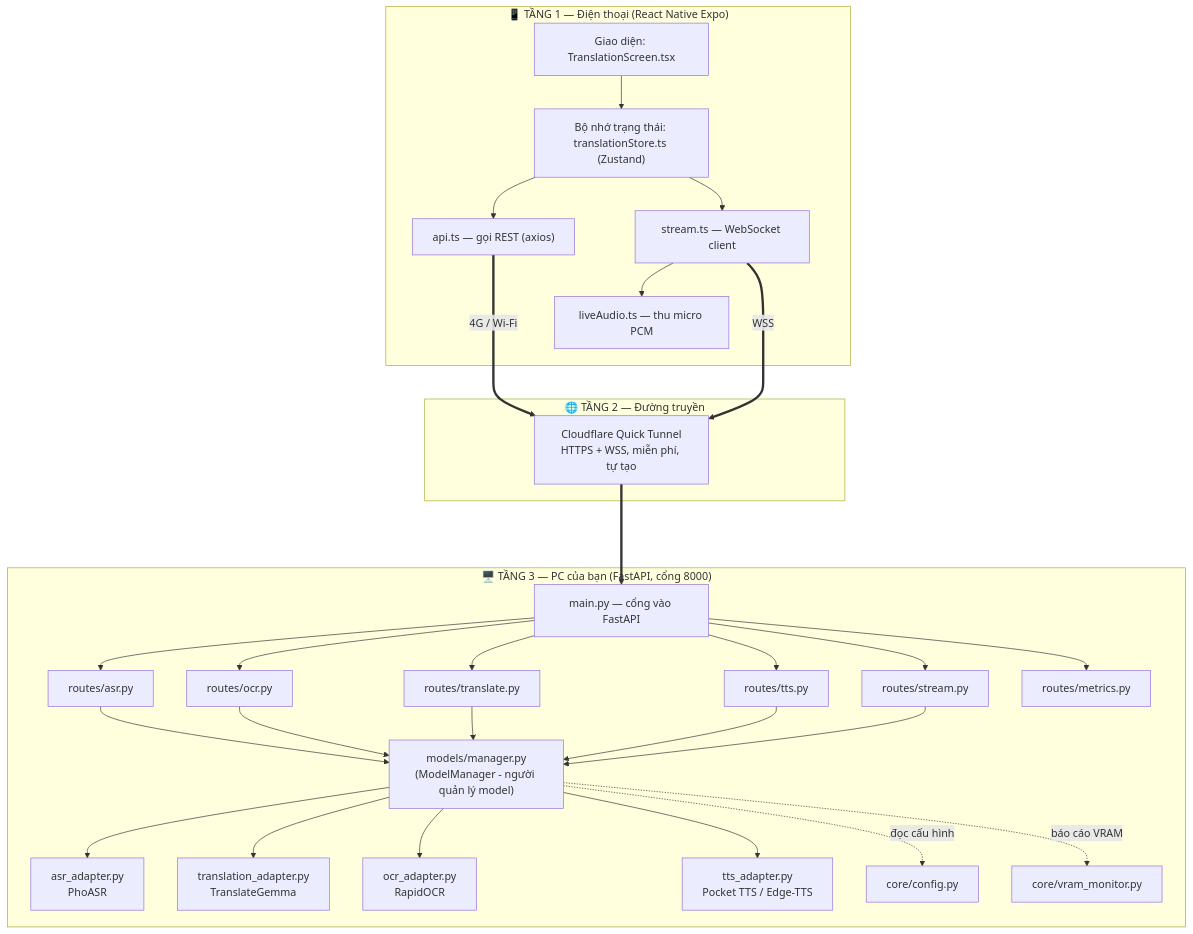
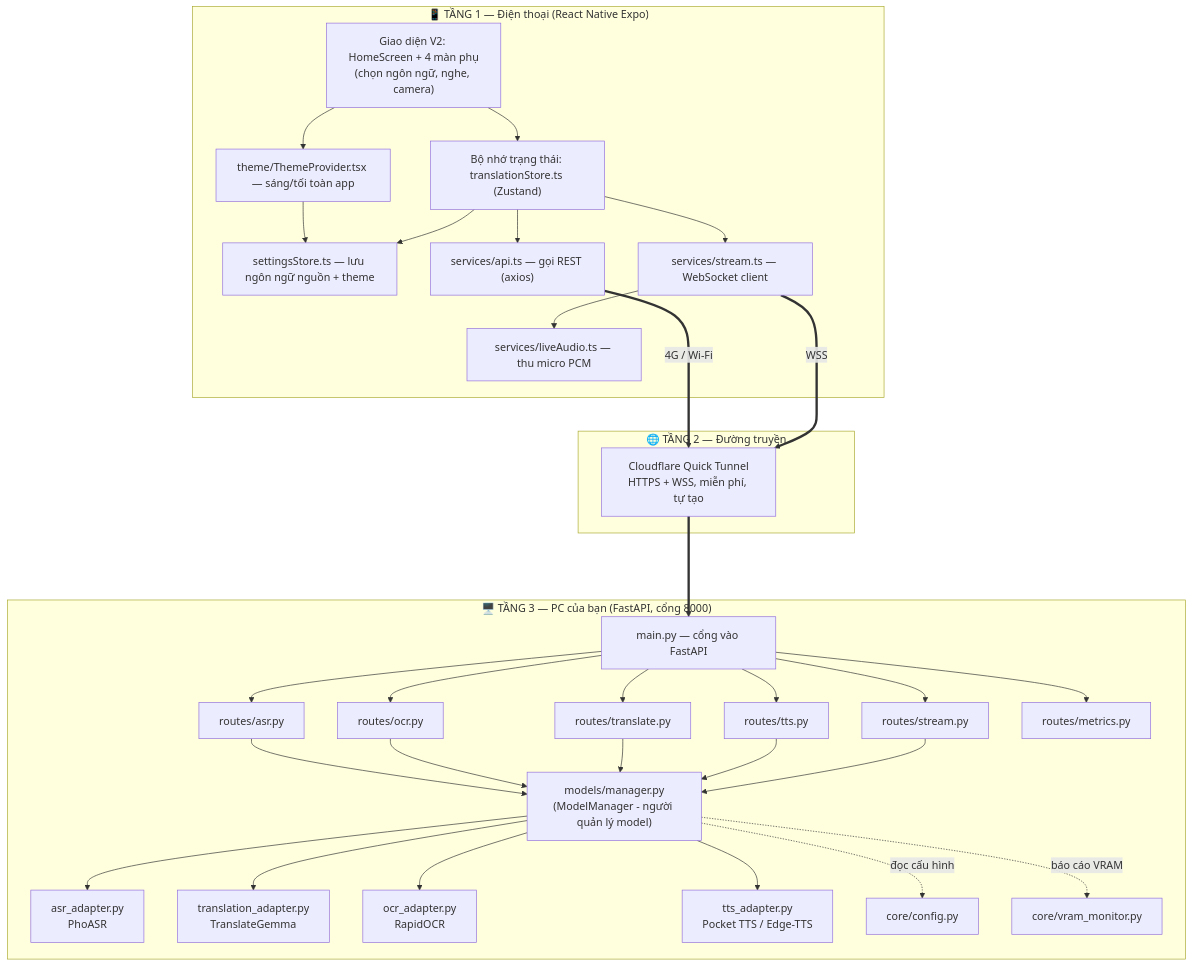
The first of 13 diagrams in giai_thich.md (csc10014-team07/Translation-App), drawn with Mermaid before and after one commit. The commit also changed other lines of this file and 1 other file, not shown here.

````diff
--- a/giai_thich.md
+++ b/giai_thich.md
@@ -67,45 +67,50 @@
 ```mermaid
 graph TD
     subgraph Client["📱 TẦNG 1 — Điện thoại (React Native Expo)"]
-        UI["Giao diện: TranslationScreen.tsx"]
+        UI["Giao diện V2: HomeScreen + 4 màn phụ<br/>(chọn ngôn ngữ, nghe, camera)"]
         STORE["Bộ nhớ trạng thái: translationStore.ts (Zustand)"]
-        REST["api.ts — gọi REST (axios)"]
-        WS["stream.ts — WebSocket client"]
-        MIC["liveAudio.ts — thu micro PCM"]
+        SETTINGS["settingsStore.ts — lưu ngôn ngữ nguồn + theme"]
+        THEME["theme/ThemeProvider.tsx — sáng/tối toàn app"]
+        REST["services/api.ts — gọi REST (axios)"]
+        WS["services/stream.ts — WebSocket client"]
+        MIC["services/liveAudio.ts — thu micro PCM"]
         UI --> STORE
+        UI --> THEME
+        THEME --> SETTINGS
+        STORE --> SETTINGS
         STORE --> REST
         STORE --> WS
         WS --> MIC
     end
 
     subgraph Net["🌐 TẦNG 2 — Đường truyền"]
         CF["Cloudflare Quick Tunnel<br/>HTTPS + WSS, miễn phí, tự tạo"]
         REST ===>|4G / Wi-Fi| CF
         WS ===>|WSS| CF
     end
 
     subgraph Server["🖥️ TẦNG 3 — PC của bạn (FastAPI, cổng 8000)"]
         MAIN["main.py — cổng vào FastAPI"]
         CF ===> MAIN
         MAIN --> R_ASR["routes/asr.py"]
         MAIN --> R_OCR["routes/ocr.py"]
         MAIN --> R_TR["routes/translate.py"]
         MAIN --> R_TTS["routes/tts.py"]
         MAIN --> R_WS["routes/stream.py"]
         MAIN --> R_ME["routes/metrics.py"]
 
         R_ASR --> MGR["models/manager.py<br/>(ModelManager - người quản lý model)"]
         R_OCR --> MGR
         R_TR --> MGR
         R_TTS --> MGR
         R_WS --> MGR
 
         MGR --> A1["asr_adapter.py<br/>PhoASR"]
         MGR --> A2["translation_adapter.py<br/>TranslateGemma"]
         MGR --> A3["ocr_adapter.py<br/>RapidOCR"]
         MGR --> A4["tts_adapter.py<br/>Pocket TTS / Edge-TTS"]
 
         MGR -.đọc cấu hình.-> CFG["core/config.py"]
         MGR -.báo cáo VRAM.-> VRAM["core/vram_monitor.py"]
     end
 ```
````
